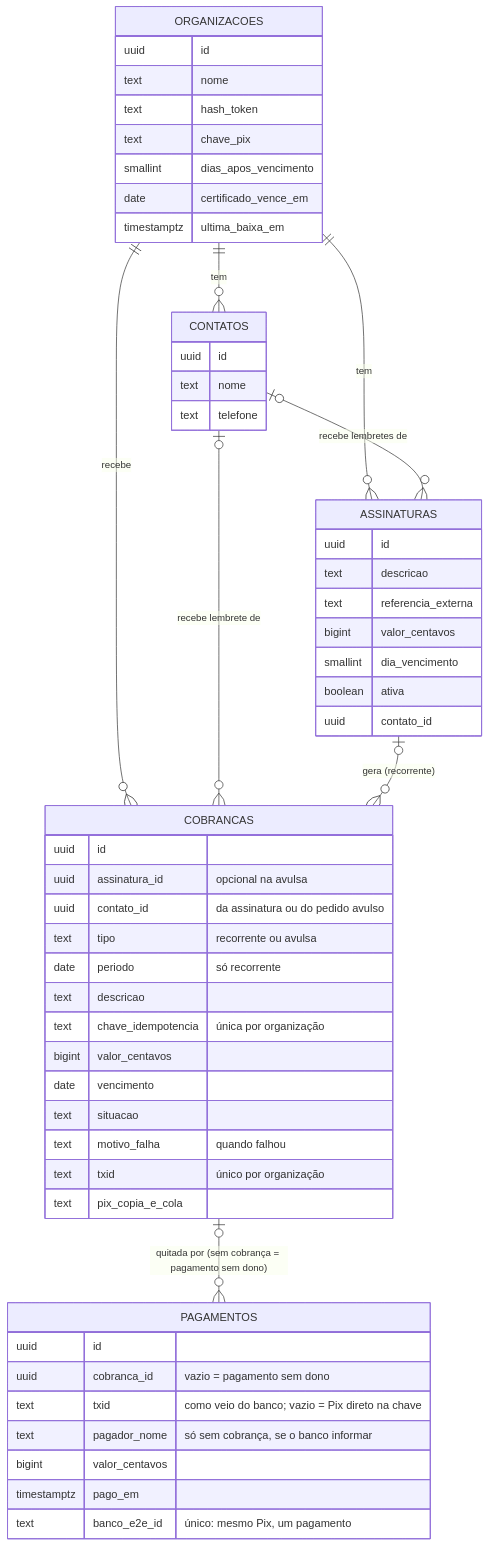
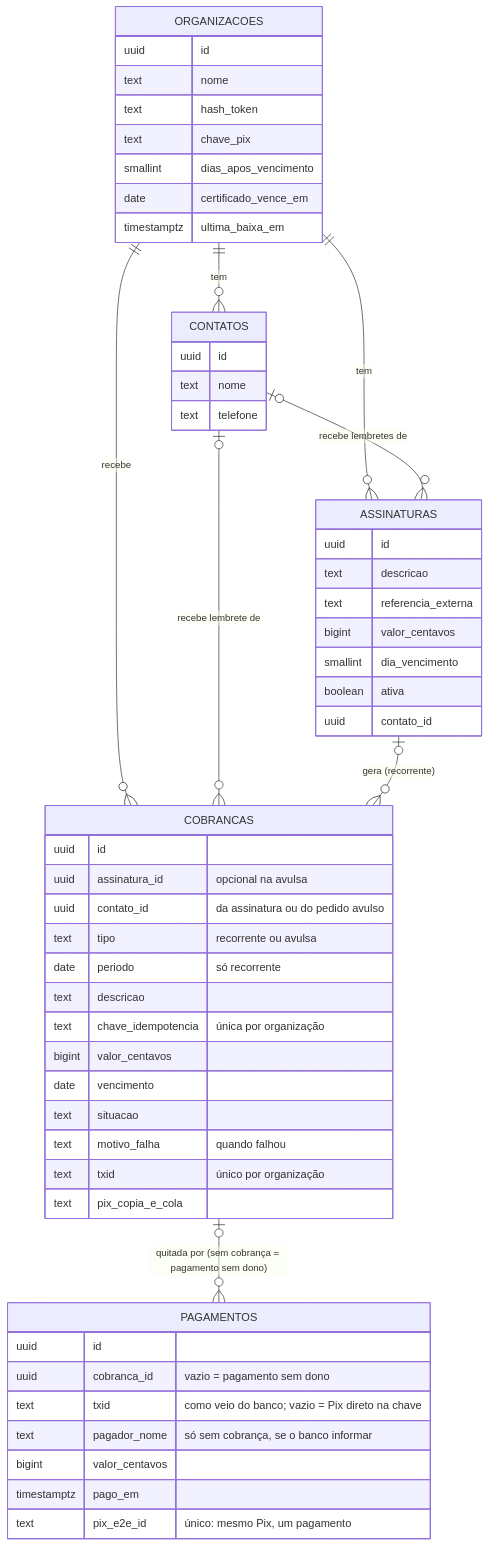
The eighth of 9 diagrams in docs/processos.md (leonardorudolfocardoso/pix-em-dia), drawn with Mermaid before and after one commit. The commit also changed 1 other file, not shown here.

Commit message:
Renomeia banco_e2e_id para pix_e2e_id
O endToEndId é do arranjo Pix, não do Inter.

Claude-Session: https://claude.ai/code/session_014tLRxcr4whGzjPqpJzq2PS

````diff
--- a/docs/processos.md
+++ b/docs/processos.md
@@ -205,57 +205,57 @@
 ```mermaid
 erDiagram
   ORGANIZACOES ||--o{ ASSINATURAS : tem
   ORGANIZACOES ||--o{ COBRANCAS : recebe
   ORGANIZACOES ||--o{ CONTATOS : tem
   CONTATOS |o--o{ ASSINATURAS : "recebe lembretes de"
   CONTATOS |o--o{ COBRANCAS : "recebe lembrete de"
   ASSINATURAS |o--o{ COBRANCAS : "gera (recorrente)"
   COBRANCAS |o--o{ PAGAMENTOS : "quitada por (sem cobrança = pagamento sem dono)"
   ORGANIZACOES {
     uuid id
     text nome
     text hash_token
     text chave_pix
     smallint dias_apos_vencimento
     date certificado_vence_em
     timestamptz ultima_baixa_em
   }
   ASSINATURAS {
     uuid id
     text descricao
     text referencia_externa
     bigint valor_centavos
     smallint dia_vencimento
     boolean ativa
     uuid contato_id
   }
   CONTATOS {
     uuid id
     text nome
     text telefone
   }
   COBRANCAS {
     uuid id
     uuid assinatura_id "opcional na avulsa"
     uuid contato_id "da assinatura ou do pedido avulso"
     text tipo "recorrente ou avulsa"
     date periodo "só recorrente"
     text descricao
     text chave_idempotencia "única por organização"
     bigint valor_centavos
     date vencimento
     text situacao
     text motivo_falha "quando falhou"
     text txid "único por organização"
     text pix_copia_e_cola
   }
   PAGAMENTOS {
     uuid id
     uuid cobranca_id "vazio = pagamento sem dono"
     text txid "como veio do banco; vazio = Pix direto na chave"
     text pagador_nome "só sem cobrança, se o banco informar"
     bigint valor_centavos
     timestamptz pago_em
-    text banco_e2e_id "único: mesmo Pix, um pagamento"
+    text pix_e2e_id "único: mesmo Pix, um pagamento"
   }
 ```
````
